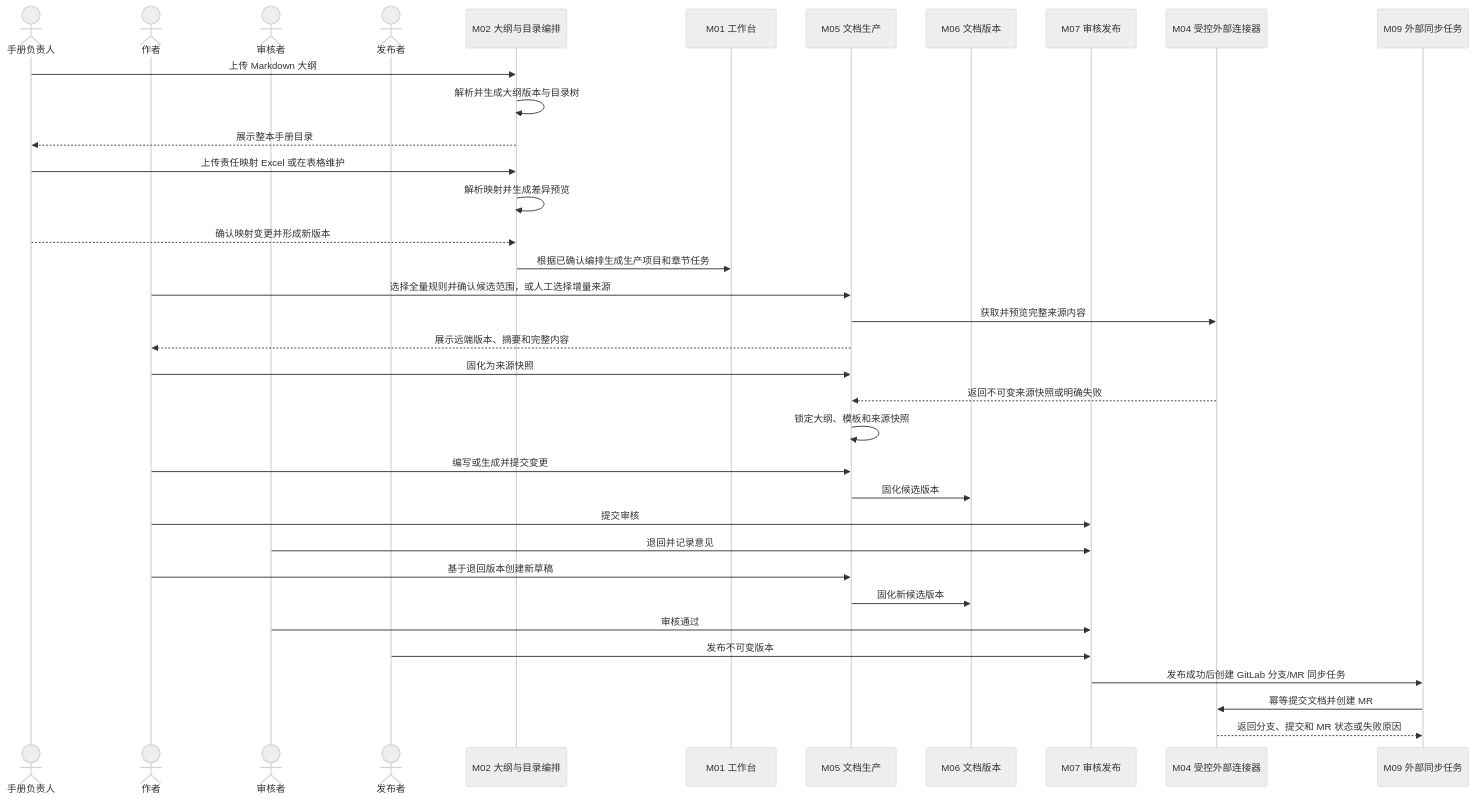
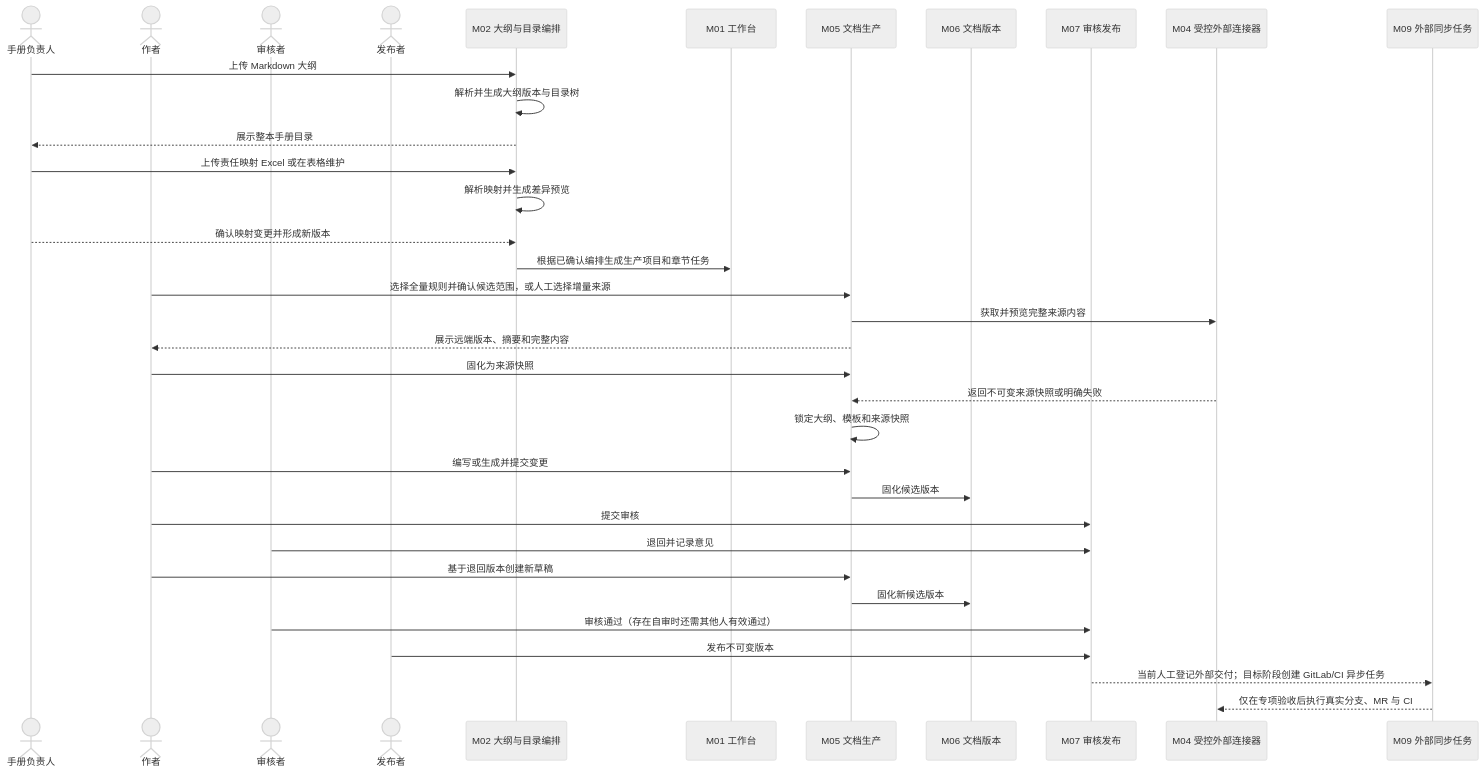
One commit to heyyang0210/kb-builder changed the second of 4 diagrams in .codex/知识中心建设平台/02-概要设计/知识中心-平台-总体架构-概要设计文档.md. Above: the diagram before and after it, drawn with Mermaid (neutral theme). The commit also changed other lines of this file and 26 other files, not shown here.

````diff
--- a/.codex/知识中心建设平台/02-概要设计/知识中心-平台-总体架构-概要设计文档.md
+++ b/.codex/知识中心建设平台/02-概要设计/知识中心-平台-总体架构-概要设计文档.md
@@ -168,39 +172,38 @@
 ```mermaid
 sequenceDiagram
     actor 手册负责人
     actor 作者
     actor 审核者
     actor 发布者
     participant 大纲管理 as M02 大纲与目录编排
     participant 工作台 as M01 工作台
     participant 生产 as M05 文档生产
     participant 版本 as M06 文档版本
     participant 审核 as M07 审核发布
     participant 连接器 as M04 受控外部连接器
     participant 任务 as M09 外部同步任务
 
     手册负责人->>大纲管理: 上传 Markdown 大纲
     大纲管理->>大纲管理: 解析并生成大纲版本与目录树
     大纲管理-->>手册负责人: 展示整本手册目录
     手册负责人->>大纲管理: 上传责任映射 Excel 或在表格维护
     大纲管理->>大纲管理: 解析映射并生成差异预览
     手册负责人-->>大纲管理: 确认映射变更并形成新版本
     大纲管理->>工作台: 根据已确认编排生成生产项目和章节任务
     作者->>生产: 选择全量规则并确认候选范围，或人工选择增量来源
     生产->>连接器: 获取并预览完整来源内容
     生产-->>作者: 展示远端版本、摘要和完整内容
     作者->>生产: 固化为来源快照
     连接器-->>生产: 返回不可变来源快照或明确失败
     生产->>生产: 锁定大纲、模板和来源快照
     作者->>生产: 编写或生成并提交变更
     生产->>版本: 固化候选版本
     作者->>审核: 提交审核
     审核者->>审核: 退回并记录意见
     作者->>生产: 基于退回版本创建新草稿
     生产->>版本: 固化新候选版本
-    审核者->>审核: 审核通过
+    审核者->>审核: 审核通过（存在自审时还需其他人有效通过）
     发布者->>审核: 发布不可变版本
-    审核->>任务: 发布成功后创建 GitLab 分支/MR 同步任务
-    任务->>连接器: 幂等提交文档并创建 MR
-    连接器-->>任务: 返回分支、提交和 MR 状态或失败原因
+    审核-->>任务: 当前人工登记外部交付；目标阶段创建 GitLab/CI 异步任务
+    任务-->>连接器: 仅在专项验收后执行真实分支、MR 与 CI
 ```
````
